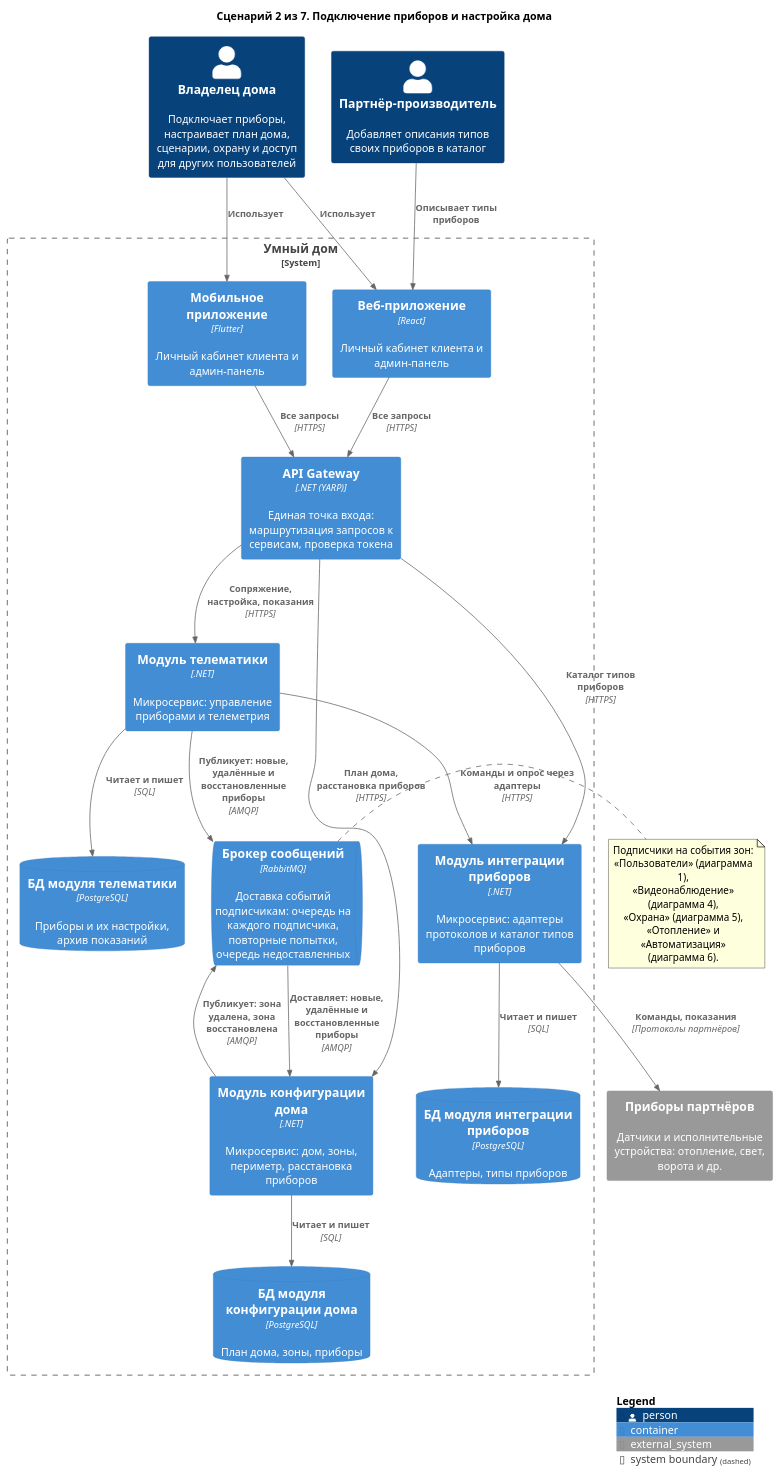
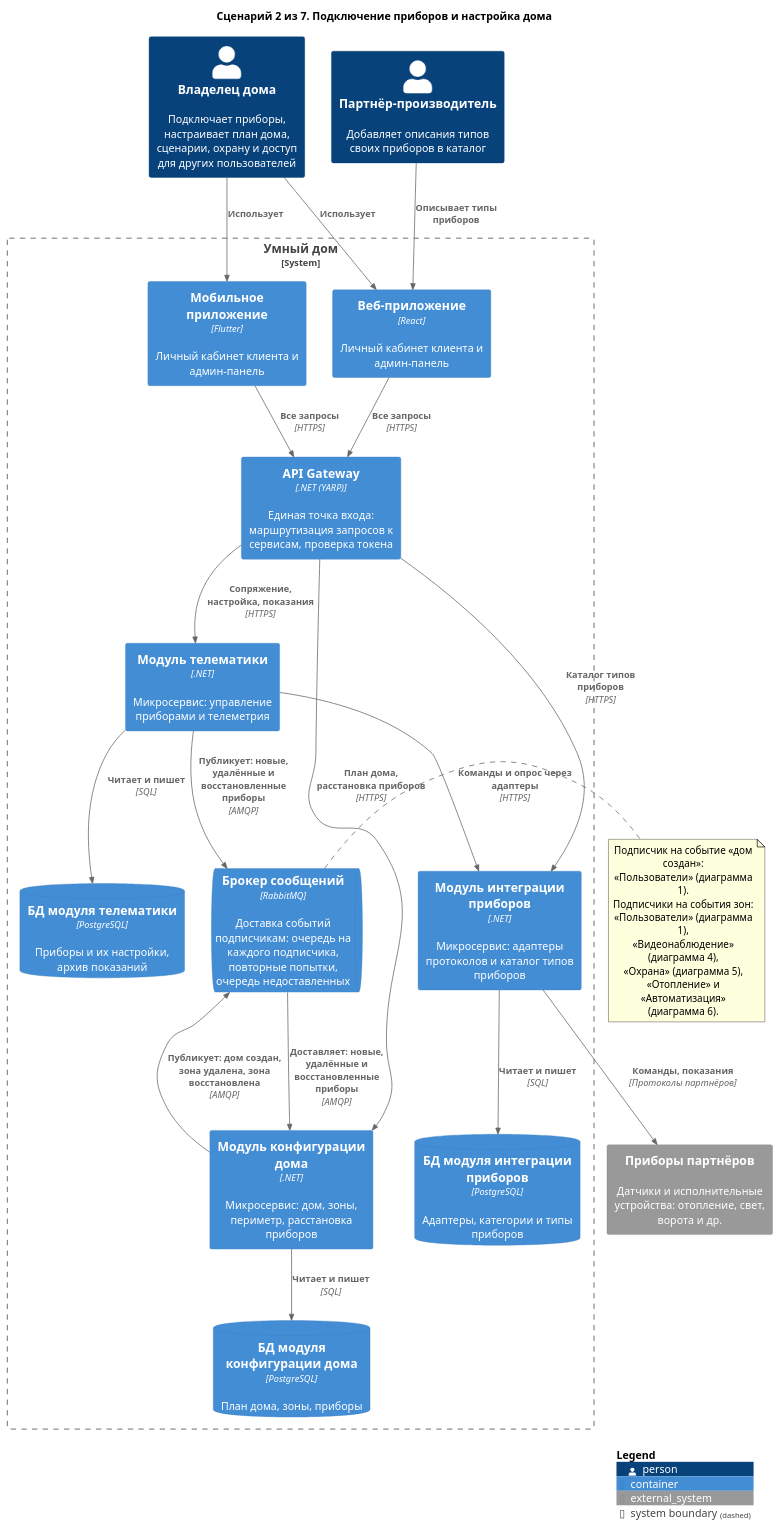
The diagram in diagrams/containers-scenarios/02-pairing-and-house-setup.puml (Lyamin-av/architecture-warmhouse), drawn with PlantUML before and after one commit. The commit also changed 16 other files, not shown here.

Commit message:
Согласование с ER: событие «дом создан» (Конфигурация дома → Пользователи), Администратор — служебная роль в доме, права в зоне по категории приборов, категории в Интеграции

```diff
--- a/diagrams/containers-scenarios/02-pairing-and-house-setup.puml
+++ b/diagrams/containers-scenarios/02-pairing-and-house-setup.puml
@@ -1,52 +1,54 @@
 @startuml 02-pairing-and-house-setup
 !include <C4/C4_Container>
 
 title Сценарий 2 из 7. Подключение приборов и настройка дома
 
 Person(owner, "Владелец дома", "Подключает приборы, настраивает план дома, сценарии, охрану и доступ для других пользователей")
 Person(partner, "Партнёр-производитель", "Добавляет описания типов своих приборов в каталог")
 
 System_Boundary(Warmhouse, "Умный дом") {
     Container(webapp, "Веб-приложение", "React", "Личный кабинет клиента и админ-панель")
     Container(mobile, "Мобильное приложение", "Flutter", "Личный кабинет клиента и админ-панель")
     Container(Gateway, "API Gateway", ".NET (YARP)", "Единая точка входа: маршрутизация запросов к сервисам, проверка токена")
     Container(Telematics, "Модуль телематики", ".NET", "Микросервис: управление приборами и телеметрия")
     Container(DeviceIntegration, "Модуль интеграции приборов", ".NET", "Микросервис: адаптеры протоколов и каталог типов приборов")
     Container(HouseConfigurator, "Модуль конфигурации дома", ".NET", "Микросервис: дом, зоны, периметр, расстановка приборов")
     ContainerQueue(Broker, "Брокер сообщений", "RabbitMQ", "Доставка событий подписчикам: очередь на каждого подписчика, повторные попытки, очередь недоставленных")
     ContainerDb(dbTelematics, "БД модуля телематики", "PostgreSQL", "Приборы и их настройки, архив показаний")
-    ContainerDb(dbDIS, "БД модуля интеграции приборов", "PostgreSQL", "Адаптеры, типы приборов")
+    ContainerDb(dbDIS, "БД модуля интеграции приборов", "PostgreSQL", "Адаптеры, категории и типы приборов")
     ContainerDb(dbHC, "БД модуля конфигурации дома", "PostgreSQL", "План дома, зоны, приборы")
 }
 
 System_Ext(devices, "Приборы партнёров", "Датчики и исполнительные устройства: отопление, свет, ворота и др.")
 
 Rel(owner, webapp, "Использует")
 Rel(owner, mobile, "Использует")
 Rel(partner, webapp, "Описывает типы приборов")
 Rel(webapp, Gateway, "Все запросы", "HTTPS")
 Rel(mobile, Gateway, "Все запросы", "HTTPS")
 Rel(Gateway, Telematics, "Сопряжение, настройка, показания", "HTTPS")
 Rel(Gateway, HouseConfigurator, "План дома, расстановка приборов", "HTTPS")
 Rel(Gateway, DeviceIntegration, "Каталог типов приборов", "HTTPS")
 Rel(Telematics, DeviceIntegration, "Команды и опрос через адаптеры", "HTTPS")
 Rel(DeviceIntegration, devices, "Команды, показания", "Протоколы партнёров")
 Rel(Telematics, Broker, "Публикует: новые, удалённые и восстановленные приборы", "AMQP")
 Rel(Broker, HouseConfigurator, "Доставляет: новые, удалённые и восстановленные приборы", "AMQP")
 
 Rel(Telematics, dbTelematics, "Читает и пишет", "SQL")
 Rel(DeviceIntegration, dbDIS, "Читает и пишет", "SQL")
 Rel(HouseConfigurator, dbHC, "Читает и пишет", "SQL")
-Rel(HouseConfigurator, Broker, "Публикует: зона удалена, зона восстановлена", "AMQP")
+Rel(HouseConfigurator, Broker, "Публикует: дом создан, зона удалена, зона восстановлена", "AMQP")
 
 note right of Broker
+  Подписчик на событие «дом создан»:
+  «Пользователи» (диаграмма 1).
   Подписчики на события зон:
   «Пользователи» (диаграмма 1),
   «Видеонаблюдение» (диаграмма 4),
   «Охрана» (диаграмма 5),
   «Отопление» и «Автоматизация»
   (диаграмма 6).
 end note
 
 SHOW_LEGEND()
 @enduml
```
